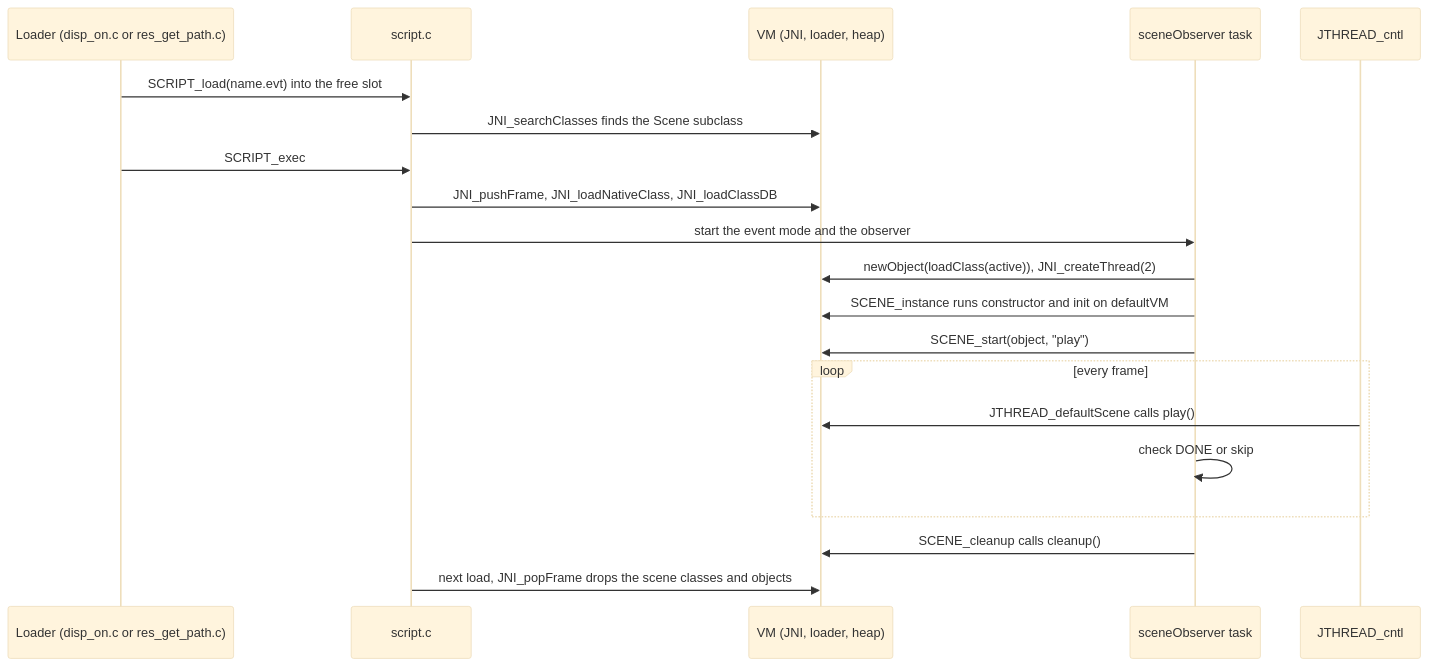
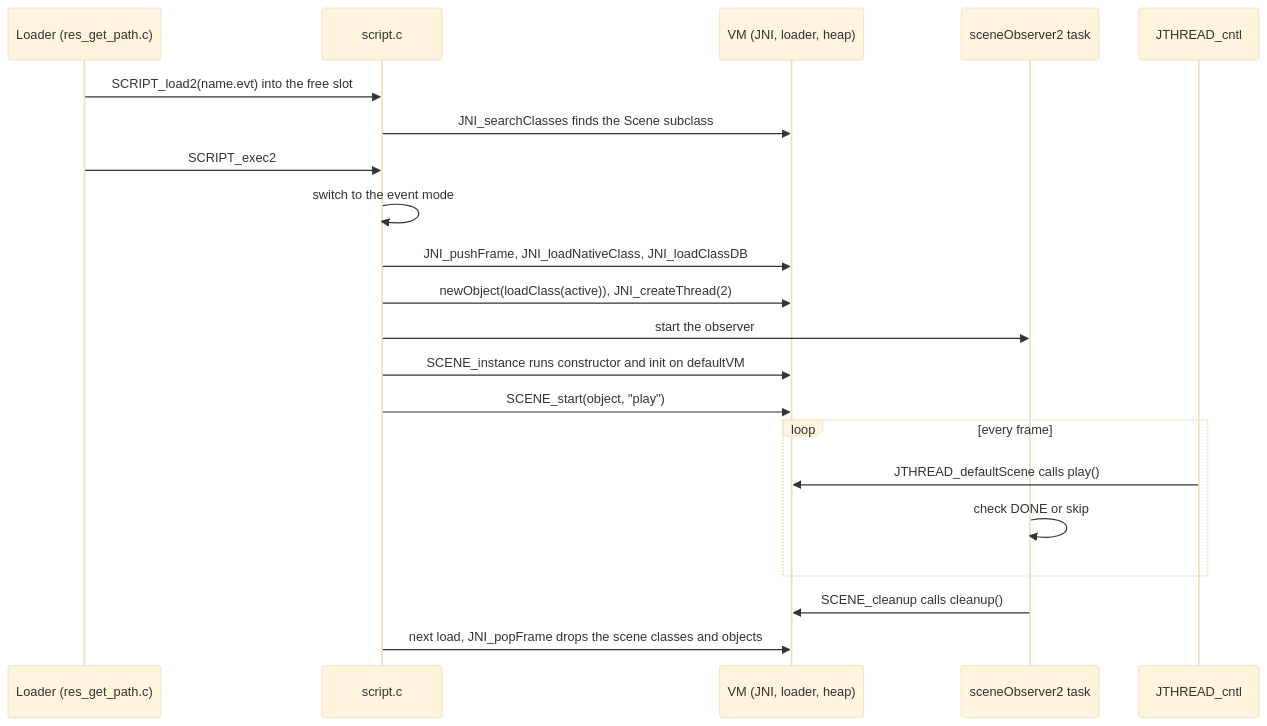
One commit to OpokXeno/xsg-i-decomp changed diagram 11 of 11 in documentation/scripting/java-vm.md. Above: the diagram before and after it, drawn with Mermaid (base theme). The commit also changed other lines of this file and 41 other files, not shown here.

````diff
--- a/documentation/scripting/java-vm.md
+++ b/documentation/scripting/java-vm.md
@@ -1217,22 +1219,23 @@
 ```mermaid
 sequenceDiagram
-    participant L as Loader (disp_on.c or res_get_path.c)
+    participant L as Loader (res_get_path.c)
     participant S as script.c
     participant J as VM (JNI, loader, heap)
-    participant O as sceneObserver task
+    participant O as sceneObserver2 task
     participant T as JTHREAD_cntl
-    L->>S: SCRIPT_load(name.evt) into the free slot
+    L->>S: SCRIPT_load2(name.evt) into the free slot
     S->>J: JNI_searchClasses finds the Scene subclass
-    L->>S: SCRIPT_exec
+    L->>S: SCRIPT_exec2
+    S->>S: switch to the event mode
     S->>J: JNI_pushFrame, JNI_loadNativeClass, JNI_loadClassDB
-    S->>O: start the event mode and the observer
-    O->>J: newObject(loadClass(active)), JNI_createThread(2)
-    O->>J: SCENE_instance runs constructor and init on defaultVM
-    O->>J: SCENE_start(object, "play")
+    S->>J: newObject(loadClass(active)), JNI_createThread(2)
+    S->>O: start the observer
+    S->>J: SCENE_instance runs constructor and init on defaultVM
+    S->>J: SCENE_start(object, "play")
     loop every frame
         T->>J: JTHREAD_defaultScene calls play()
         O->>O: check DONE or skip
     end
     O->>J: SCENE_cleanup calls cleanup()
     S->>J: next load, JNI_popFrame drops the scene classes and objects
 ```
````
